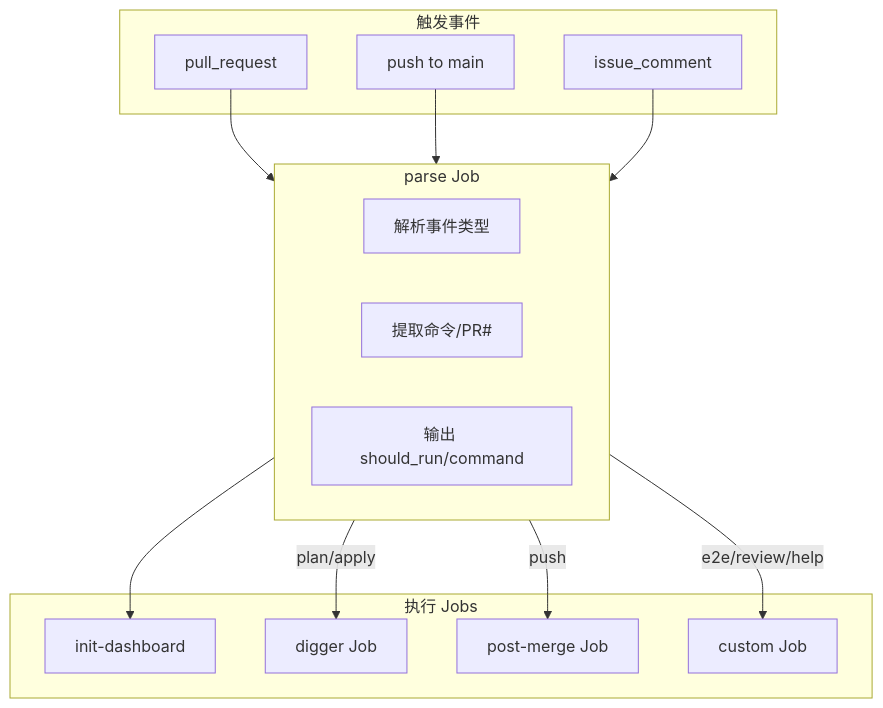
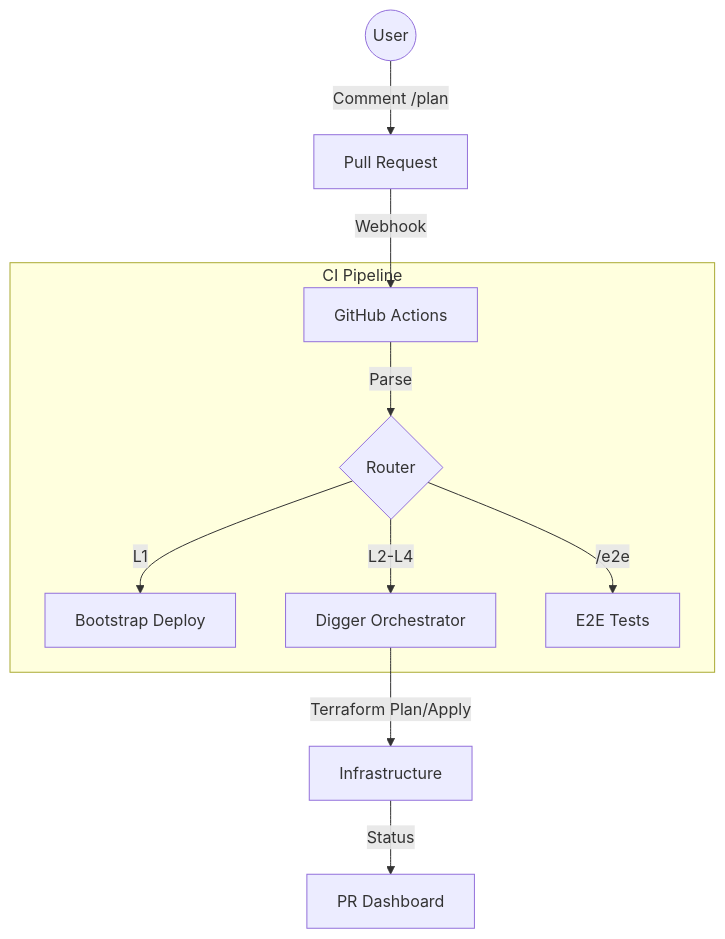
One commit to wangzitian0/infra changed the diagram in docs/ssot/ops.pipeline.md. Above: the diagram before and after it, drawn with Mermaid. The commit also changed other lines of this file and 16 other files, not shown here.

````diff
--- a/docs/ssot/ops.pipeline.md
+++ b/docs/ssot/ops.pipeline.md
@@ -55,30 +29,15 @@
 ```mermaid
 flowchart TD
-    subgraph Trigger["触发事件"]
-        PR[pull_request]
-        Push[push to main]
-        Comment[issue_comment]
+    User((User)) -->|Comment /plan| PR[Pull Request]
+    PR -->|Webhook| GA[GitHub Actions]
+    
+    subgraph "CI Pipeline"
+        GA -->|Parse| Router{Router}
+        Router -->|L1| BS[Bootstrap Deploy]
+        Router -->|L2-L4| DG[Digger Orchestrator]
+        Router -->|/e2e| Test[E2E Tests]
     end
     
-    subgraph Parse["parse Job"]
-        P1[解析事件类型]
-        P2[提取命令/PR#]
-        P3[输出 should_run/command]
-    end
-    
-    subgraph Jobs["执行 Jobs"]
-        Init[init-dashboard]
-        Digger[digger Job]
-        PostMerge[post-merge Job]
-        Custom[custom Job]
-    end
-    
-    PR --> Parse
-    Push --> Parse
-    Comment --> Parse
-    
-    Parse --> Init
-    Parse -->|plan/apply| Digger
-    Parse -->|push| PostMerge
-    Parse -->|e2e/review/help| Custom
+    DG -->|Terraform Plan/Apply| Infra[Infrastructure]
+    Infra -->|Status| Dashboard[PR Dashboard]
 ```
````
